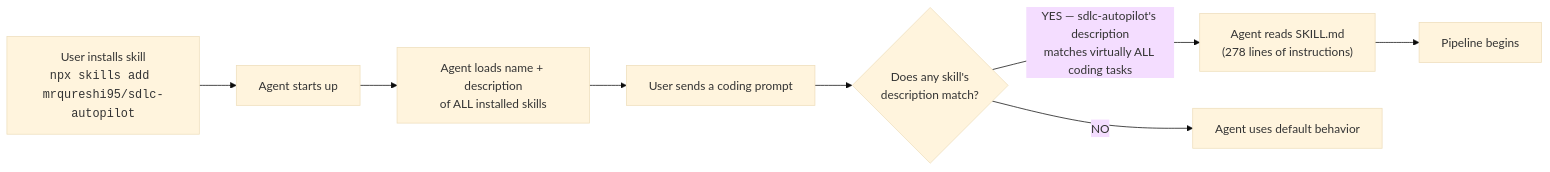
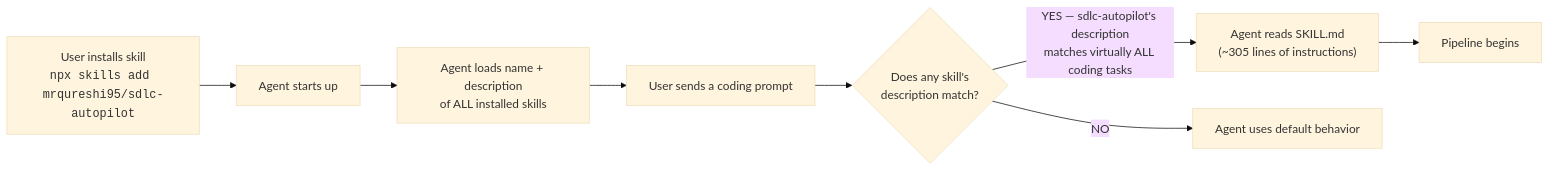
The first of 10 diagrams in GUIDANCE.md (mrqureshi95/sdlc-autopilot), drawn with Mermaid (base theme) before and after one commit. The commit also changed other lines of this file and 3 other files, not shown here.

````diff
--- a/GUIDANCE.md
+++ b/GUIDANCE.md
@@ -13,10 +13,10 @@
 ```mermaid
 flowchart LR
     A["User installs skill<br/><code>npx skills add mrqureshi95/sdlc-autopilot</code>"] --> B["Agent starts up"]
     B --> C["Agent loads name + description<br/>of ALL installed skills"]
     C --> D["User sends a coding prompt"]
     D --> E{"Does any skill's<br/>description match?"}
-    E -->|"YES — sdlc-autopilot's description<br/>matches virtually ALL coding tasks"| F["Agent reads SKILL.md<br/>(278 lines of instructions)"]
+    E -->|"YES — sdlc-autopilot's description<br/>matches virtually ALL coding tasks"| F["Agent reads SKILL.md<br/>(~305 lines of instructions)"]
     E -->|NO| G["Agent uses default behavior"]
     F --> H["Pipeline begins"]
 ```
````
